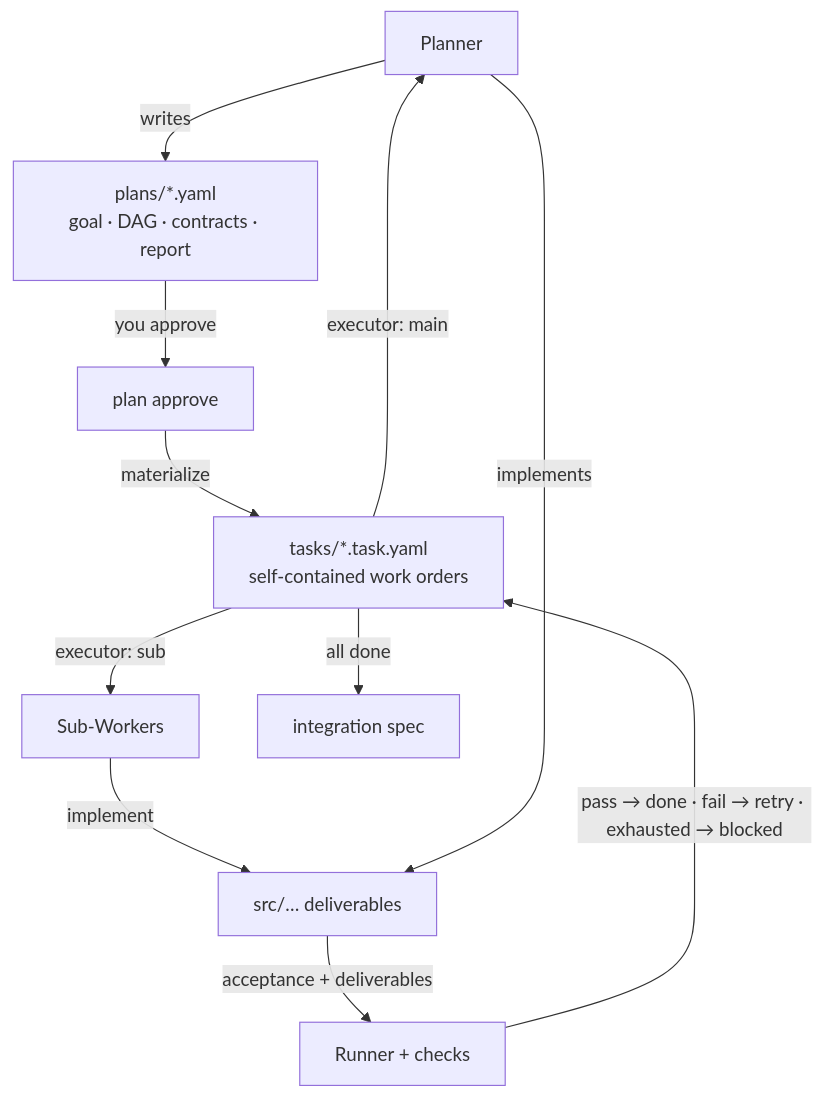
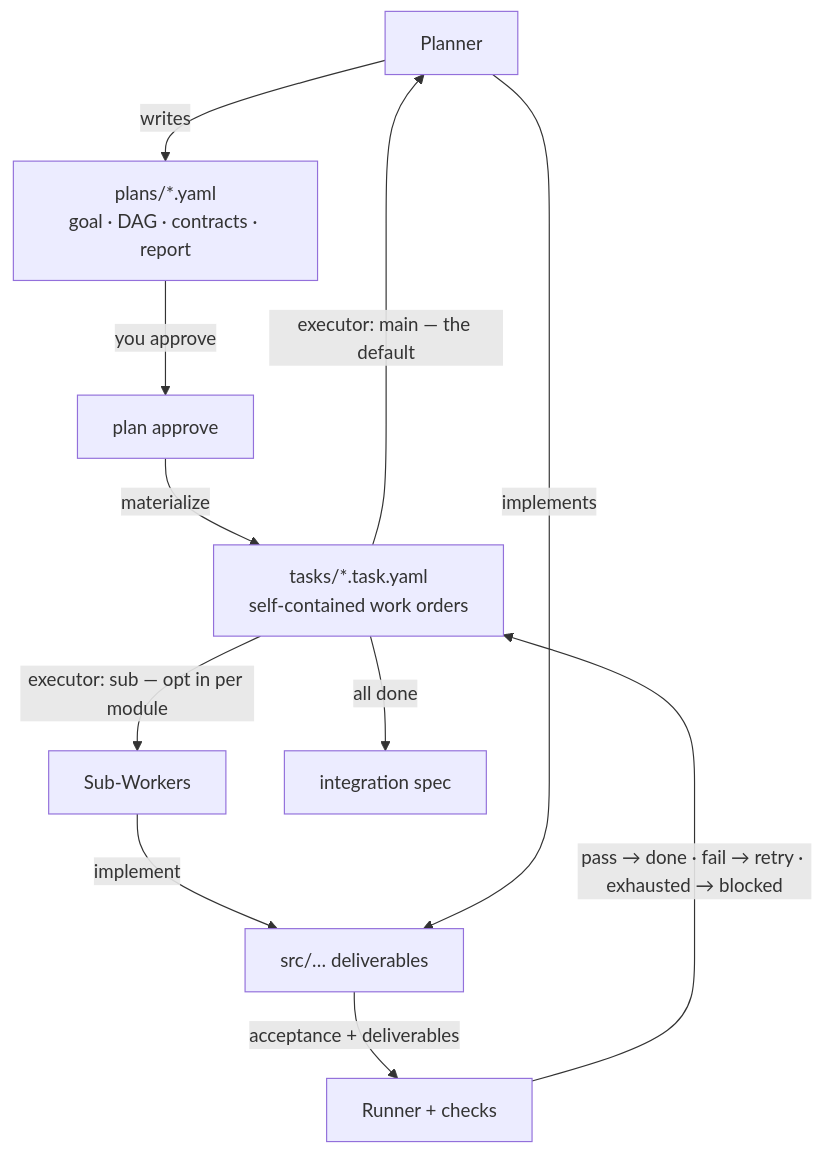
Before and after one commit to teasol/harness-template: the second of 3 diagrams in README.md, drawn with Mermaid. The commit also changed other lines of this file and 19 other files, not shown here.

````diff
--- a/README.md
+++ b/README.md
@@ -341,13 +358,13 @@
 ```mermaid
 flowchart TD
     P["Planner"] -->|"writes"| PL["plans/*.yaml<br/>goal · DAG · contracts · report"]
     PL -->|"you approve"| A["plan approve"]
     A -->|"materialize"| T["tasks/*.task.yaml<br/>self-contained work orders"]
-    T -->|"executor: main"| P
-    T -->|"executor: sub"| W["Sub-Workers"]
+    T -->|"executor: main — the default"| P
+    T -->|"executor: sub — opt in per module"| W["Sub-Workers"]
     W -->|"implement"| S["src/… deliverables"]
     P -->|"implements"| S
     S -->|"acceptance + deliverables"| H["Runner + checks"]
     H -->|"pass → done · fail → retry · exhausted → blocked"| T
     T -->|"all done"| I["integration spec"]
 ```
````
